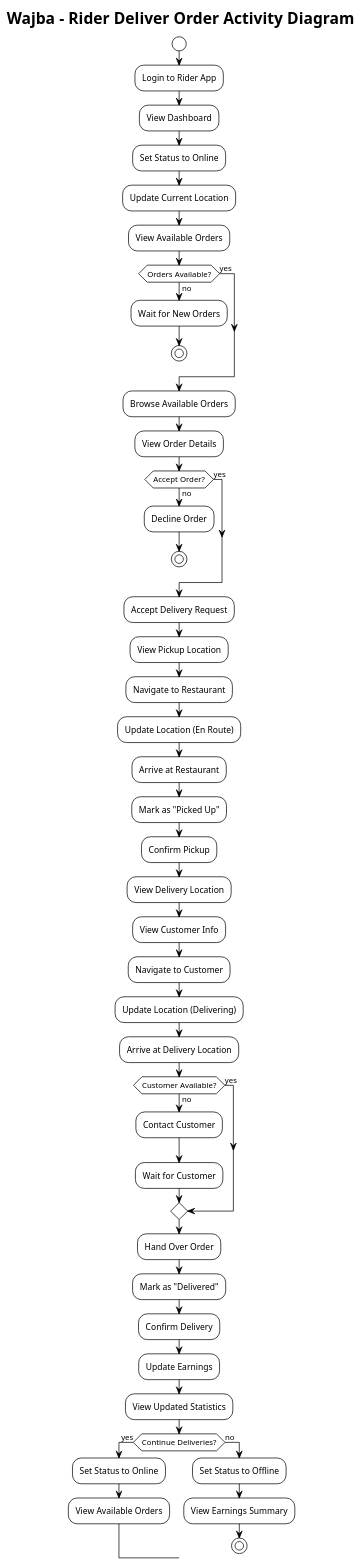
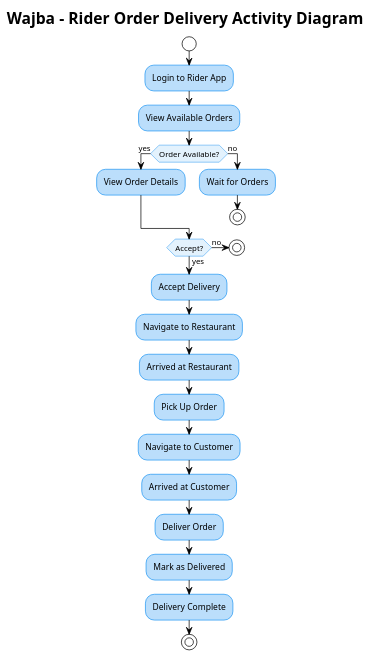
Before and after one commit to mmahmood233/SmartBite: the diagram in diagrams/activity-rider.puml, drawn with PlantUML. The commit also changed 127 other files, not shown here.

First line of the commit message:
docs: add comprehensive order flow documentation and data management scripts

```diff
--- a/diagrams/activity-rider.puml
+++ b/diagrams/activity-rider.puml
@@ -1,83 +1,47 @@
-@startuml Rider Activity Diagram - Deliver Order
+@startuml Rider Order Delivery
 !theme plain
+skinparam ActivityBackgroundColor #BBDEFB
+skinparam ActivityBorderColor #2196F3
+skinparam ActivityDiamondBackgroundColor #E3F2FD
+skinparam ActivityDiamondBorderColor #64B5F6
 
-title Wajba - Rider Deliver Order Activity Diagram
+title Wajba - Rider Order Delivery Activity Diagram
 
 start
 
 :Login to Rider App;
 
-:View Dashboard;
-
-:Set Status to Online;
-
-:Update Current Location;
-
 :View Available Orders;
 
-if (Orders Available?) then (no)
-  :Wait for New Orders;
+if (Order Available?) then (yes)
+  :View Order Details;
+else (no)
+  :Wait for Orders;
   stop
-else (yes)
 endif
 
-:Browse Available Orders;
-
-:View Order Details;
-
-if (Accept Order?) then (no)
-  :Decline Order;
+if (Accept?) then (yes)
+  :Accept Delivery;
+else (no)
   stop
-else (yes)
 endif
-
-:Accept Delivery Request;
-
-:View Pickup Location;
 
 :Navigate to Restaurant;
 
-:Update Location (En Route);
+:Arrived at Restaurant;
 
-:Arrive at Restaurant;
-
-:Mark as "Picked Up";
-
-:Confirm Pickup;
-
-:View Delivery Location;
-
-:View Customer Info;
+:Pick Up Order;
 
 :Navigate to Customer;
 
-:Update Location (Delivering);
+:Arrived at Customer;
 
-:Arrive at Delivery Location;
+:Deliver Order;
 
-if (Customer Available?) then (no)
-  :Contact Customer;
-  :Wait for Customer;
-else (yes)
-endif
+:Mark as Delivered;
 
-:Hand Over Order;
+:Delivery Complete;
 
-:Mark as "Delivered";
-
-:Confirm Delivery;
-
-:Update Earnings;
-
-:View Updated Statistics;
-
-if (Continue Deliveries?) then (yes)
-  :Set Status to Online;
-  :View Available Orders;
-else (no)
-  :Set Status to Offline;
-  :View Earnings Summary;
-  stop
-endif
+stop
 
 @enduml
```
